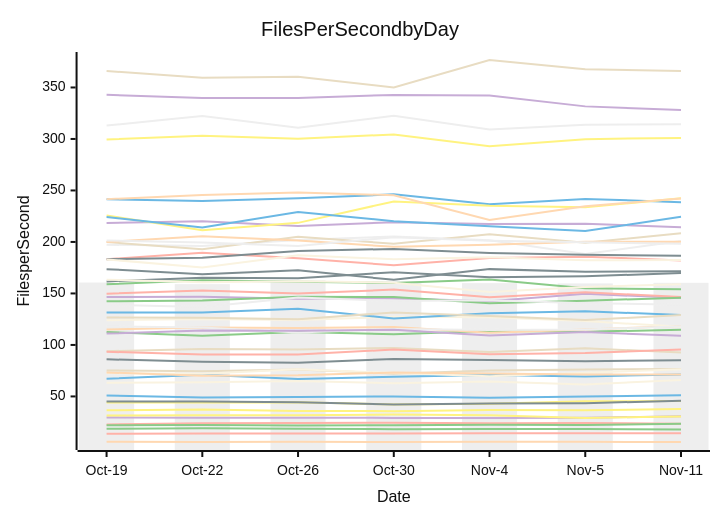
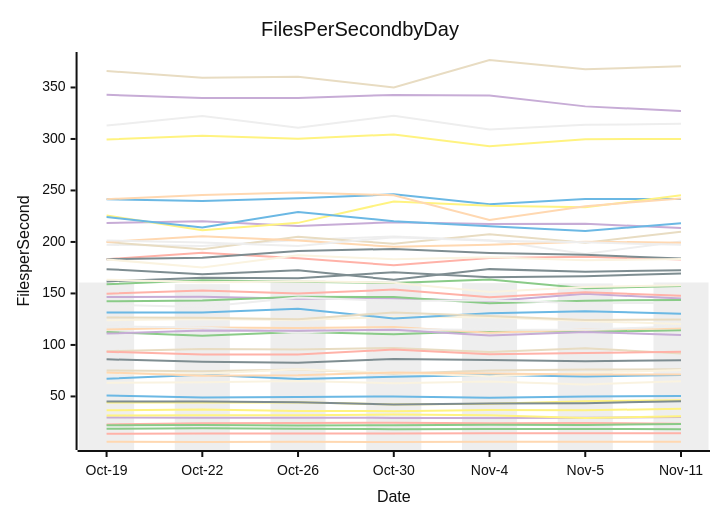
The diagram in perf-report.md (streetsidesoftware/cspell), drawn with Mermaid (neutral theme) before and after one commit. The commit also changed other lines of this file and 1 other file, not shown here.

````diff
--- a/perf-report.md
+++ b/perf-report.md
@@ -10,57 +10,57 @@
 ```mermaid
 xychart-beta
     title Files Per Second by Day
     y-axis Files per Second
     x-axis Date [Oct-19, Oct-22, Oct-26, Oct-30, Nov-4, Nov-5, Nov-11]
-    bar [160.58, 159.03, 162.88, 161.94, 160.02, 159.72, 160.32]
-    line [50.97, 49.03, 49.37, 49.99, 48.68, 50.03, 51.08]
-    line [112.56, 109.04, 112.63, 110.40, 113.53, 112.85, 114.69]
-    line [146.50, 146.67, 144.85, 145.45, 142.42, 149.63, 145.71]
-    line [93.97, 96.00, 95.45, 97.05, 93.17, 96.79, 92.66]
-    line [22.78, 23.92, 24.17, 24.43, 23.95, 24.20, 23.54]
-    line [36.49, 37.33, 35.82, 35.71, 36.86, 36.50, 37.87]
-    line [161.71, 165.23, 164.80, 170.61, 165.61, 166.70, 169.74]
-    line [6.02, 5.75, 6.03, 5.80, 6.05, 5.91, 5.76]
-    line [63.29, 63.79, 65.07, 62.75, 64.51, 61.69, 65.88]
-    line [197.32, 196.05, 201.96, 205.39, 201.71, 188.42, 200.82]
-    line [67.05, 71.08, 67.00, 69.09, 70.86, 69.37, 71.36]
-    line [18.69, 19.00, 18.63, 18.25, 18.44, 18.38, 17.85]
-    line [29.58, 29.31, 29.41, 29.14, 29.07, 29.19, 30.80]
-    line [75.28, 74.51, 76.18, 72.03, 75.21, 76.09, 76.57]
-    line [93.37, 90.70, 90.60, 95.53, 91.04, 92.11, 95.48]
-    line [44.15, 44.08, 44.42, 42.24, 42.88, 45.37, 45.49]
-    line [173.59, 168.67, 172.42, 163.25, 173.61, 171.18, 171.62]
-    line [115.01, 116.88, 116.53, 117.43, 111.89, 115.01, 118.31]
-    line [123.99, 125.15, 124.19, 127.28, 126.86, 123.18, 117.60]
-    line [118.00, 116.85, 112.16, 115.50, 114.45, 114.87, 118.24]
-    line [131.49, 131.59, 135.21, 125.70, 130.73, 132.76, 128.99]
-    line [22.11, 22.28, 21.78, 22.12, 22.59, 22.34, 23.39]
-    line [342.86, 339.81, 339.82, 342.79, 342.26, 331.64, 328.15]
-    line [199.89, 192.85, 204.98, 198.27, 207.58, 199.26, 208.46]
-    line [149.81, 152.74, 149.93, 153.73, 146.39, 151.10, 146.43]
-    line [299.41, 303.13, 300.22, 304.34, 292.89, 299.81, 301.04]
-    line [45.18, 45.07, 44.31, 42.25, 43.22, 43.49, 45.75]
-    line [199.93, 205.59, 201.31, 195.27, 197.35, 200.31, 200.19]
-    line [72.64, 71.96, 76.44, 72.80, 69.62, 72.93, 76.27]
-    line [201.34, 199.55, 196.07, 204.60, 201.12, 199.63, 198.25]
-    line [241.48, 239.78, 242.41, 246.20, 236.64, 241.81, 238.61]
-    line [158.95, 162.77, 161.40, 160.02, 163.60, 155.05, 154.17]
-    line [218.31, 220.10, 215.49, 219.14, 217.54, 217.64, 214.32]
-    line [126.74, 126.46, 125.04, 131.49, 128.05, 124.13, 129.15]
-    line [183.26, 189.47, 184.23, 177.36, 184.49, 185.72, 181.99]
-    line [225.66, 211.47, 218.53, 239.32, 235.17, 233.67, 242.47]
-    line [183.18, 184.56, 191.17, 193.23, 189.38, 187.47, 186.68]
-    line [73.27, 70.11, 70.57, 73.22, 72.23, 71.32, 71.40]
-    line [183.04, 175.20, 187.18, 183.23, 185.22, 182.14, 182.38]
-    line [313.03, 322.37, 310.93, 322.55, 309.17, 313.73, 314.26]
-    line [224.21, 213.97, 229.01, 220.21, 215.36, 210.66, 224.43]
-    line [142.44, 143.06, 146.69, 146.59, 140.40, 143.02, 145.86]
-    line [111.02, 113.95, 113.80, 114.69, 109.15, 112.48, 108.89]
-    line [365.93, 359.34, 360.33, 349.95, 376.67, 367.68, 366.01]
-    line [13.81, 14.01, 14.02, 13.97, 14.18, 14.33, 14.23]
-    line [31.44, 31.67, 31.78, 32.41, 31.83, 29.14, 30.51]
-    line [86.03, 83.62, 82.78, 86.40, 85.26, 84.18, 85.03]
-    line [241.58, 245.56, 247.95, 245.41, 221.31, 234.75, 242.11]
-    line [163.29, 160.80, 161.82, 160.48, 151.46, 156.36, 159.02]
-    line [139.08, 136.76, 146.14, 142.74, 143.48, 140.52, 139.10]
+    bar [160.58, 159.03, 162.88, 161.94, 160.02, 159.72, 160.65]
+    line [50.97, 49.03, 49.37, 49.99, 48.68, 50.03, 50.42]
+    line [112.56, 109.04, 112.63, 110.40, 113.53, 112.85, 114.15]
+    line [146.50, 146.67, 144.85, 145.45, 142.42, 149.63, 145.08]
+    line [93.97, 96.00, 95.45, 97.05, 93.17, 96.79, 91.80]
+    line [22.78, 23.92, 24.17, 24.43, 23.95, 24.20, 23.49]
+    line [36.49, 37.33, 35.82, 35.71, 36.86, 36.50, 38.05]
+    line [161.71, 165.23, 164.80, 170.61, 165.61, 166.70, 169.45]
+    line [6.02, 5.75, 6.03, 5.80, 6.05, 5.91, 5.92]
+    line [63.29, 63.79, 65.07, 62.75, 64.51, 61.69, 64.67]
+    line [197.32, 196.05, 201.96, 205.39, 201.71, 188.42, 200.46]
+    line [67.05, 71.08, 67.00, 69.09, 70.86, 69.37, 70.88]
+    line [18.69, 19.00, 18.63, 18.25, 18.44, 18.38, 18.23]
+    line [29.58, 29.31, 29.41, 29.14, 29.07, 29.19, 29.96]
+    line [75.28, 74.51, 76.18, 72.03, 75.21, 76.09, 76.34]
+    line [93.37, 90.70, 90.60, 95.53, 91.04, 92.11, 93.46]
+    line [44.15, 44.08, 44.42, 42.24, 42.88, 45.37, 46.20]
+    line [173.59, 168.67, 172.42, 163.25, 173.61, 171.18, 172.63]
+    line [115.01, 116.88, 116.53, 117.43, 111.89, 115.01, 116.13]
+    line [123.99, 125.15, 124.19, 127.28, 126.86, 123.18, 120.25]
+    line [118.00, 116.85, 112.16, 115.50, 114.45, 114.87, 117.85]
+    line [131.49, 131.59, 135.21, 125.70, 130.73, 132.76, 130.23]
+    line [22.11, 22.28, 21.78, 22.12, 22.59, 22.34, 23.16]
+    line [342.86, 339.81, 339.82, 342.79, 342.26, 331.64, 327.21]
+    line [199.89, 192.85, 204.98, 198.27, 207.58, 199.26, 209.84]
+    line [149.81, 152.74, 149.93, 153.73, 146.39, 151.10, 147.79]
+    line [299.41, 303.13, 300.22, 304.34, 292.89, 299.81, 300.08]
+    line [45.18, 45.07, 44.31, 42.25, 43.22, 43.49, 45.34]
+    line [199.93, 205.59, 201.31, 195.27, 197.35, 200.31, 199.19]
+    line [72.64, 71.96, 76.44, 72.80, 69.62, 72.93, 75.62]
+    line [201.34, 199.55, 196.07, 204.60, 201.12, 199.63, 197.18]
+    line [241.48, 239.78, 242.41, 246.20, 236.64, 241.81, 241.59]
+    line [158.95, 162.77, 161.40, 160.02, 163.60, 155.05, 157.20]
+    line [218.31, 220.10, 215.49, 219.14, 217.54, 217.64, 213.57]
+    line [126.74, 126.46, 125.04, 131.49, 128.05, 124.13, 124.73]
+    line [183.26, 189.47, 184.23, 177.36, 184.49, 185.72, 182.94]
+    line [225.66, 211.47, 218.53, 239.32, 235.17, 233.67, 245.24]
+    line [183.18, 184.56, 191.17, 193.23, 189.38, 187.47, 183.93]
+    line [73.27, 70.11, 70.57, 73.22, 72.23, 71.32, 71.25]
+    line [183.04, 175.20, 187.18, 183.23, 185.22, 182.14, 183.42]
+    line [313.03, 322.37, 310.93, 322.55, 309.17, 313.73, 314.69]
+    line [224.21, 213.97, 229.01, 220.21, 215.36, 210.66, 218.14]
+    line [142.44, 143.06, 146.69, 146.59, 140.40, 143.02, 143.74]
+    line [111.02, 113.95, 113.80, 114.69, 109.15, 112.48, 109.72]
+    line [365.93, 359.34, 360.33, 349.95, 376.67, 367.68, 370.64]
+    line [13.81, 14.01, 14.02, 13.97, 14.18, 14.33, 14.26]
+    line [31.44, 31.67, 31.78, 32.41, 31.83, 29.14, 30.76]
+    line [86.03, 83.62, 82.78, 86.40, 85.26, 84.18, 85.13]
+    line [241.58, 245.56, 247.95, 245.41, 221.31, 234.75, 242.27]
+    line [163.29, 160.80, 161.82, 160.48, 151.46, 156.36, 158.02]
+    line [139.08, 136.76, 146.14, 142.74, 143.48, 140.52, 140.72]
 ```
````
